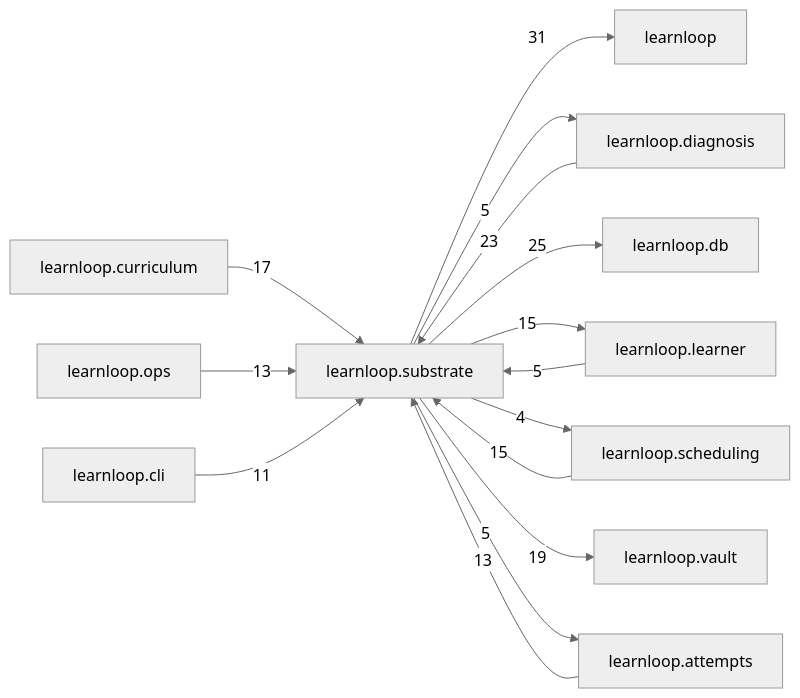
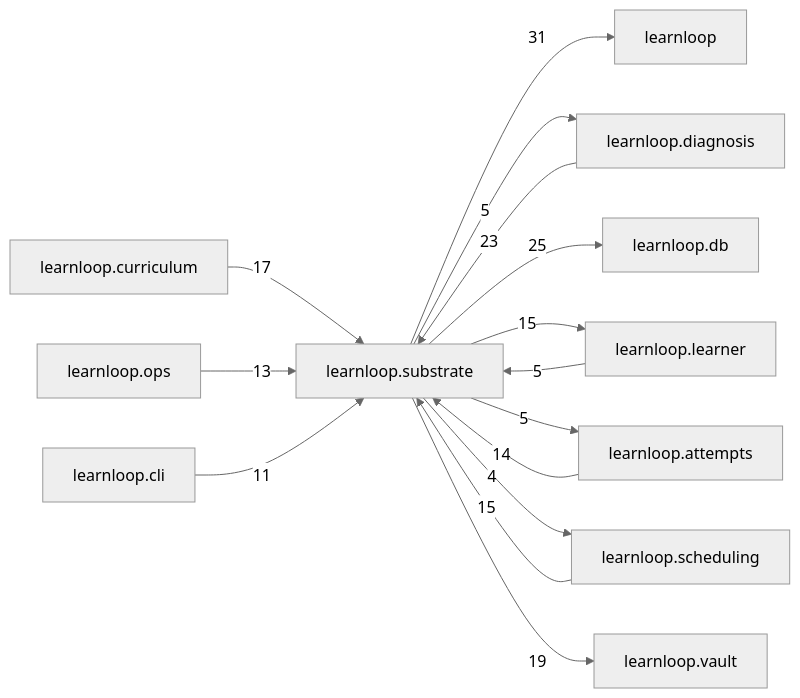
The diagram in docs/learnloop-architecture-vault/Reference/Modules/learnloop/substrate/_package.md (6up-b/learnanything), drawn with Mermaid (neutral theme) before and after one commit. The commit also changed other lines of this file and 95 other files, not shown here.

````diff
--- a/docs/learnloop-architecture-vault/Reference/Modules/learnloop/substrate/_package.md
+++ b/docs/learnloop-architecture-vault/Reference/Modules/learnloop/substrate/_package.md
@@ -164,28 +164,28 @@
 ```mermaid
 flowchart LR
     center["learnloop.substrate"]
     n_learnloop["learnloop"]
     n_learnloop_diagnosis["learnloop.diagnosis"]
     n_learnloop_db["learnloop.db"]
     n_learnloop_learner["learnloop.learner"]
+    n_learnloop_attempts["learnloop.attempts"]
     n_learnloop_scheduling["learnloop.scheduling"]
     n_learnloop_vault["learnloop.vault"]
-    n_learnloop_attempts["learnloop.attempts"]
     n_learnloop_curriculum["learnloop.curriculum"]
     n_learnloop_ops["learnloop.ops"]
     n_learnloop_cli["learnloop.cli"]
     center -->|31| n_learnloop
     n_learnloop_diagnosis -->|23| center
     center -->|5| n_learnloop_diagnosis
     center -->|25| n_learnloop_db
     n_learnloop_learner -->|5| center
     center -->|15| n_learnloop_learner
+    n_learnloop_attempts -->|14| center
+    center -->|5| n_learnloop_attempts
     n_learnloop_scheduling -->|15| center
     center -->|4| n_learnloop_scheduling
     center -->|19| n_learnloop_vault
-    n_learnloop_attempts -->|13| center
-    center -->|5| n_learnloop_attempts
     n_learnloop_curriculum -->|17| center
     n_learnloop_ops -->|13| center
     n_learnloop_cli -->|11| center
 ```
````
